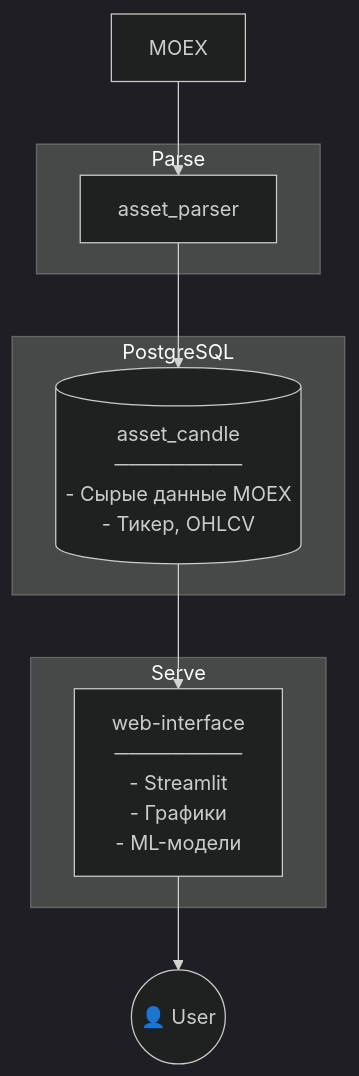
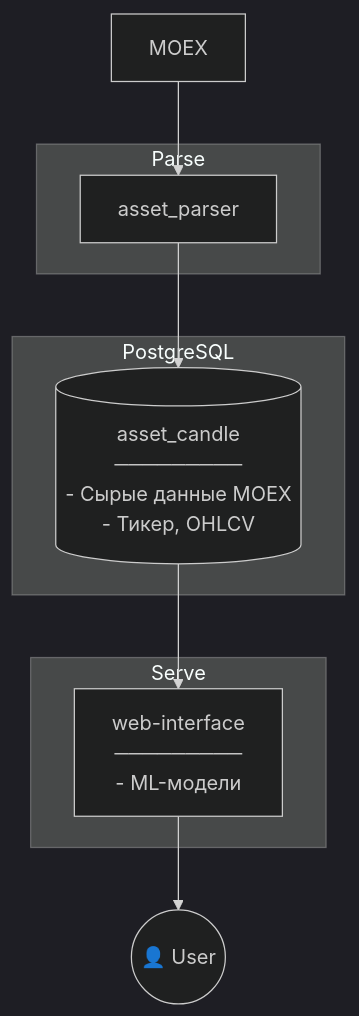
The diagram in app/README.md (3m1d/stocks-advisor), drawn with Mermaid (dark theme) before and after one commit. The commit also changed 2 other files, not shown here.

Commit message:
Improve documentation

````diff
--- a/app/README.md
+++ b/app/README.md
@@ -9,24 +9,24 @@
 ```mermaid
 flowchart TB
     subgraph Parse["Parse"]
         MP["asset_parser"]
     end
 
     subgraph DB["PostgreSQL"]
         AR[("asset_candle<br>─────────<br>- Сырые данные MOEX<br>- Тикер, OHLCV")]
     end
 
     subgraph Serve["Serve"]
-        WEB["web-interface<br>─────────<br>- Streamlit<br>- Графики<br>- ML-модели"]
+        WEB["web-interface<br>─────────<br>- ML-модели"]
     end
 
     USER(("👤 User"))
 
     MOEX --> MP
 
     MP --> AR
 
     AR --> WEB
 
     WEB --> USER
 ```
````
